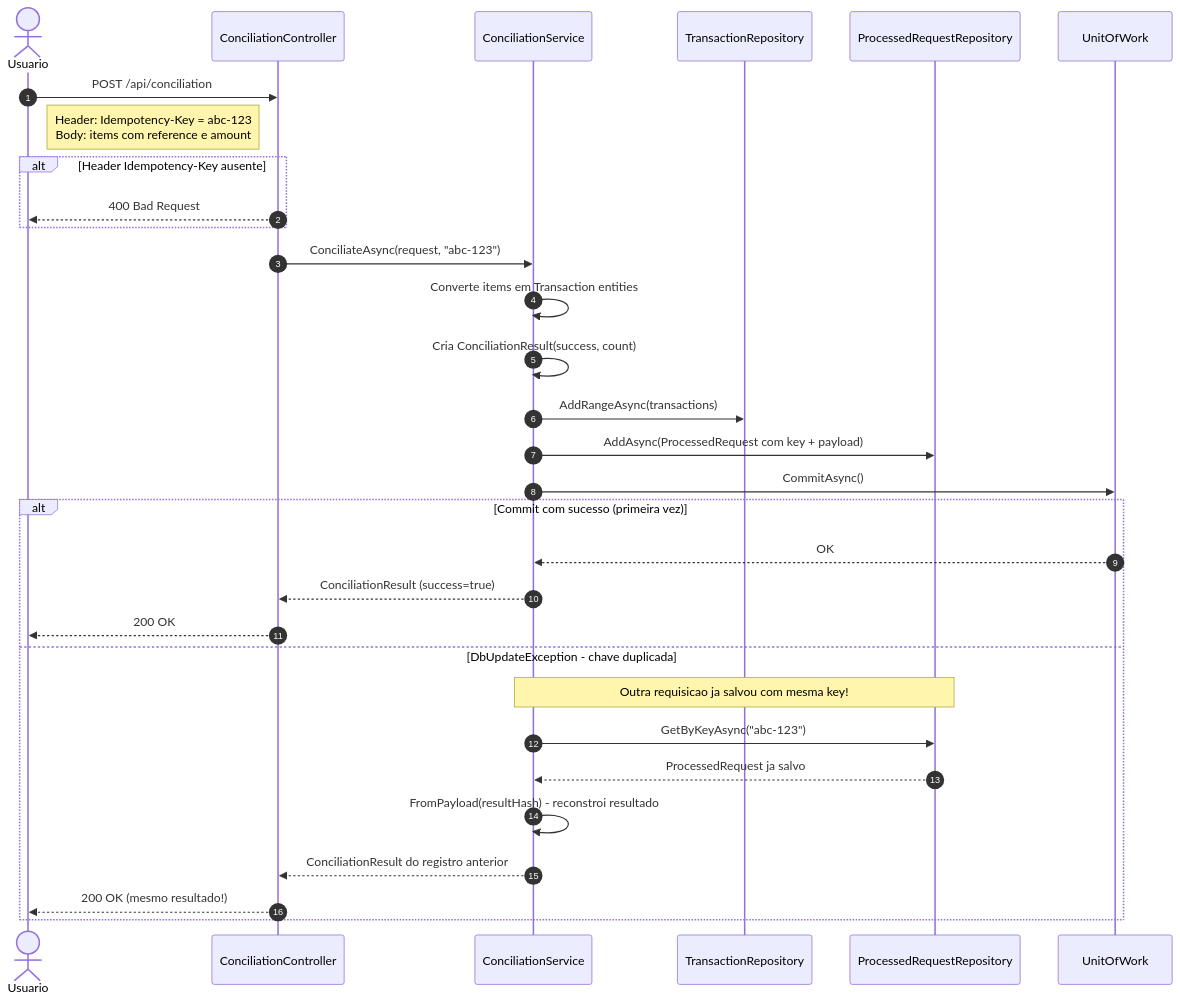
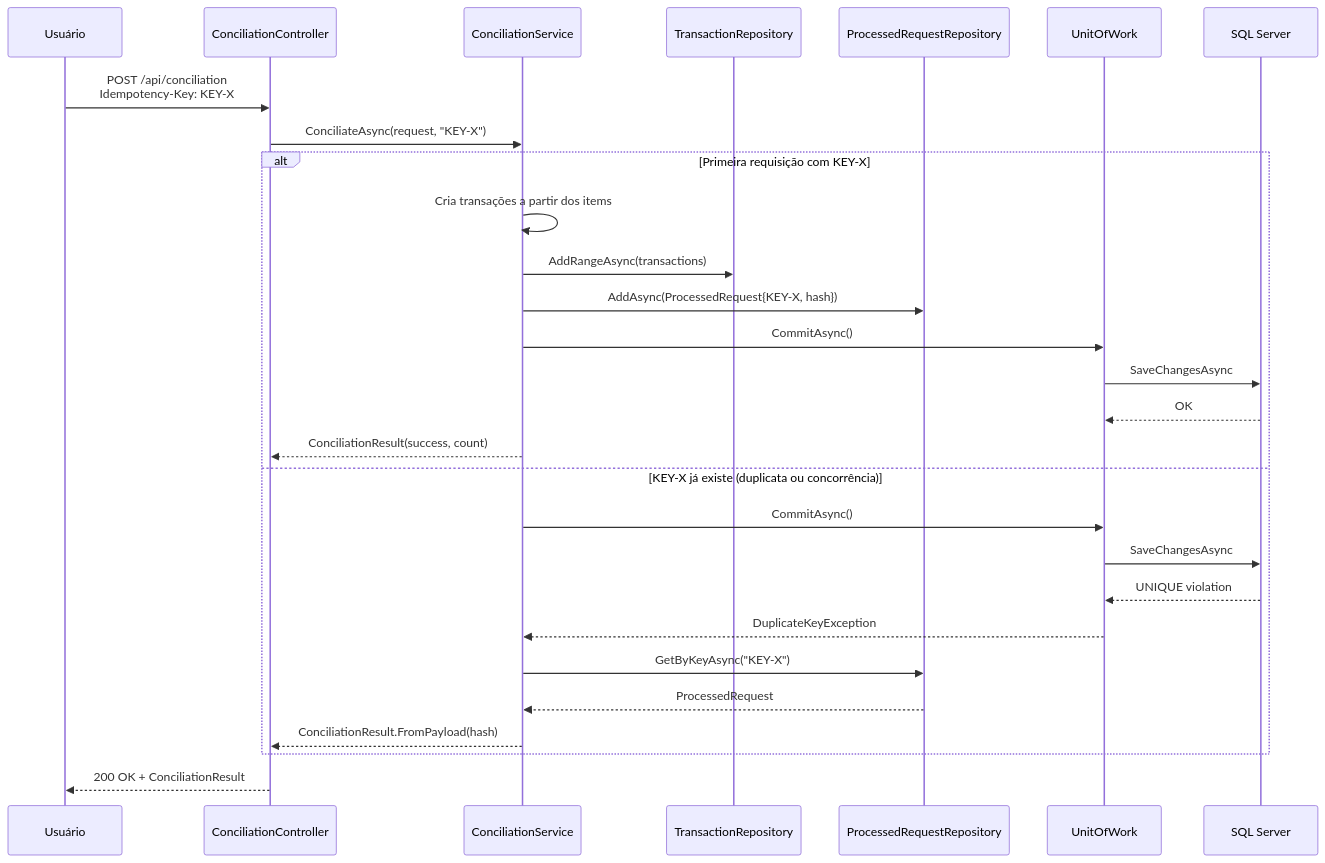
Before and after one commit to awernek/Conciliacao: the seventh of 12 diagrams in docs/DIAGRAMAS-PROJETO.md, drawn with Mermaid. The commit also changed other lines of this file and 22 other files, not shown here.

````diff
--- a/docs/DIAGRAMAS-PROJETO.md
+++ b/docs/DIAGRAMAS-PROJETO.md
@@ -281,38 +224,33 @@
 ```mermaid
 sequenceDiagram
-    autonumber
-    actor U as Usuario
+    participant U as Usuário
     participant C as ConciliationController
     participant S as ConciliationService
     participant TR as TransactionRepository
     participant PR as ProcessedRequestRepository
-    participant UW as UnitOfWork
+    participant UoW as UnitOfWork
+    participant DB as SQL Server
 
-    U->>C: POST /api/conciliation
-    Note right of U: Header: Idempotency-Key = abc-123<br/>Body: items com reference e amount
+    U->>C: POST /api/conciliation<br/>Idempotency-Key: KEY-X
+    C->>S: ConciliateAsync(request, "KEY-X")
 
-    alt Header Idempotency-Key ausente
-        C-->>U: 400 Bad Request
+    alt Primeira requisição com KEY-X
+        S->>S: Cria transações a partir dos items
+        S->>TR: AddRangeAsync(transactions)
+        S->>PR: AddAsync(ProcessedRequest{KEY-X, hash})
+        S->>UoW: CommitAsync()
+        UoW->>DB: SaveChangesAsync
+        DB-->>UoW:  OK
+        S-->>C: ConciliationResult(success, count)
+    else KEY-X já existe (duplicata ou concorrência)
+        S->>UoW: CommitAsync()
+        UoW->>DB: SaveChangesAsync
+        DB-->>UoW:  UNIQUE violation
+        UoW-->>S: DuplicateKeyException
+        S->>PR: GetByKeyAsync("KEY-X")
+        PR-->>S: ProcessedRequest
+        S-->>C: ConciliationResult.FromPayload(hash)
     end
 
-    C->>S: ConciliateAsync(request, "abc-123")
-
-    S->>S: Converte items em Transaction entities
-    S->>S: Cria ConciliationResult(success, count)
-    S->>TR: AddRangeAsync(transactions)
-    S->>PR: AddAsync(ProcessedRequest com key + payload)
-    S->>UW: CommitAsync()
-
-    alt Commit com sucesso (primeira vez)
-        UW-->>S: OK
-        S-->>C: ConciliationResult (success=true)
-        C-->>U: 200 OK
-    else DbUpdateException - chave duplicada
-        Note over S,PR: Outra requisicao ja salvou com mesma key!
-        S->>PR: GetByKeyAsync("abc-123")
-        PR-->>S: ProcessedRequest ja salvo
-        S->>S: FromPayload(resultHash) - reconstroi resultado
-        S-->>C: ConciliationResult do registro anterior
-        C-->>U: 200 OK (mesmo resultado!)
-    end
+    C-->>U: 200 OK + ConciliationResult
 ```
````
